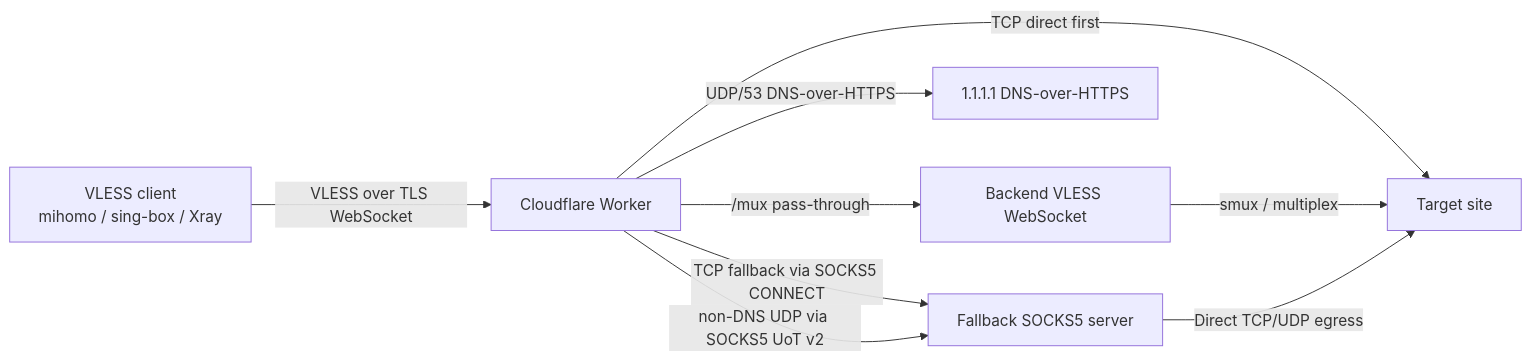
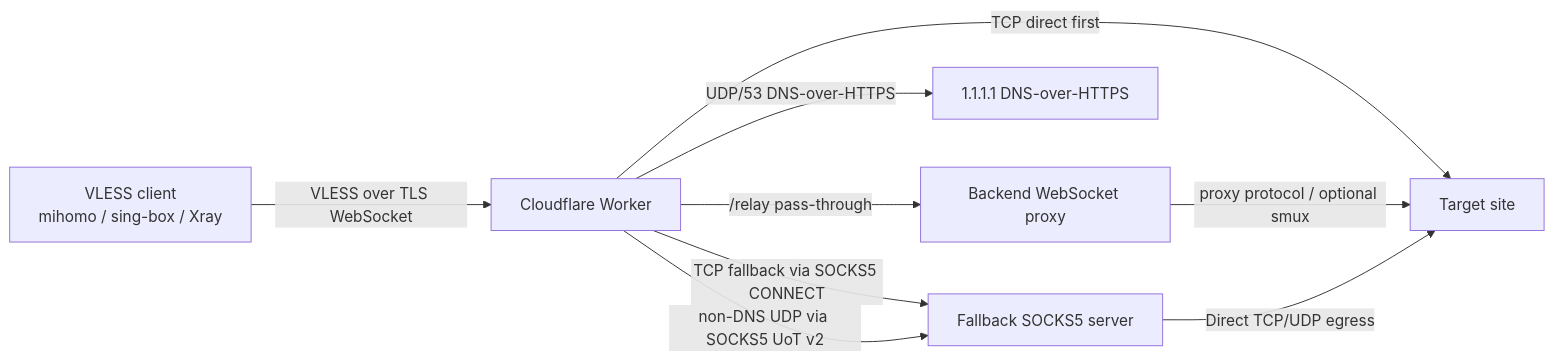
The diagram in docs/worker-tunnel-guide.md (h4cking4fun/workers-tunnel), drawn with Mermaid before and after one commit. The commit also changed other lines of this file and 4 other files, not shown here.

Commit message:
refactor: rename backend relay pass-through

````diff
--- a/docs/worker-tunnel-guide.md
+++ b/docs/worker-tunnel-guide.md
@@ -9,11 +9,11 @@
 ```mermaid
 flowchart LR
     Client["VLESS client<br/>mihomo / sing-box / Xray"] -->|"VLESS over TLS WebSocket"| Worker["Cloudflare Worker"]
     Worker -->|"TCP direct first"| Internet["Target site"]
     Worker -->|"TCP fallback via SOCKS5 CONNECT"| Socks["Fallback SOCKS5 server"]
     Worker -->|"UDP/53 DNS-over-HTTPS"| DoH["1.1.1.1 DNS-over-HTTPS"]
     Worker -->|"non-DNS UDP via SOCKS5 UoT v2"| Socks
-    Worker -->|"/mux pass-through"| Backend["Backend VLESS WebSocket"]
-    Backend -->|"smux / multiplex"| Internet
+    Worker -->|"/relay pass-through"| Backend["Backend WebSocket proxy"]
+    Backend -->|"proxy protocol / optional smux"| Internet
     Socks -->|"Direct TCP/UDP egress"| Internet
 ```
````
